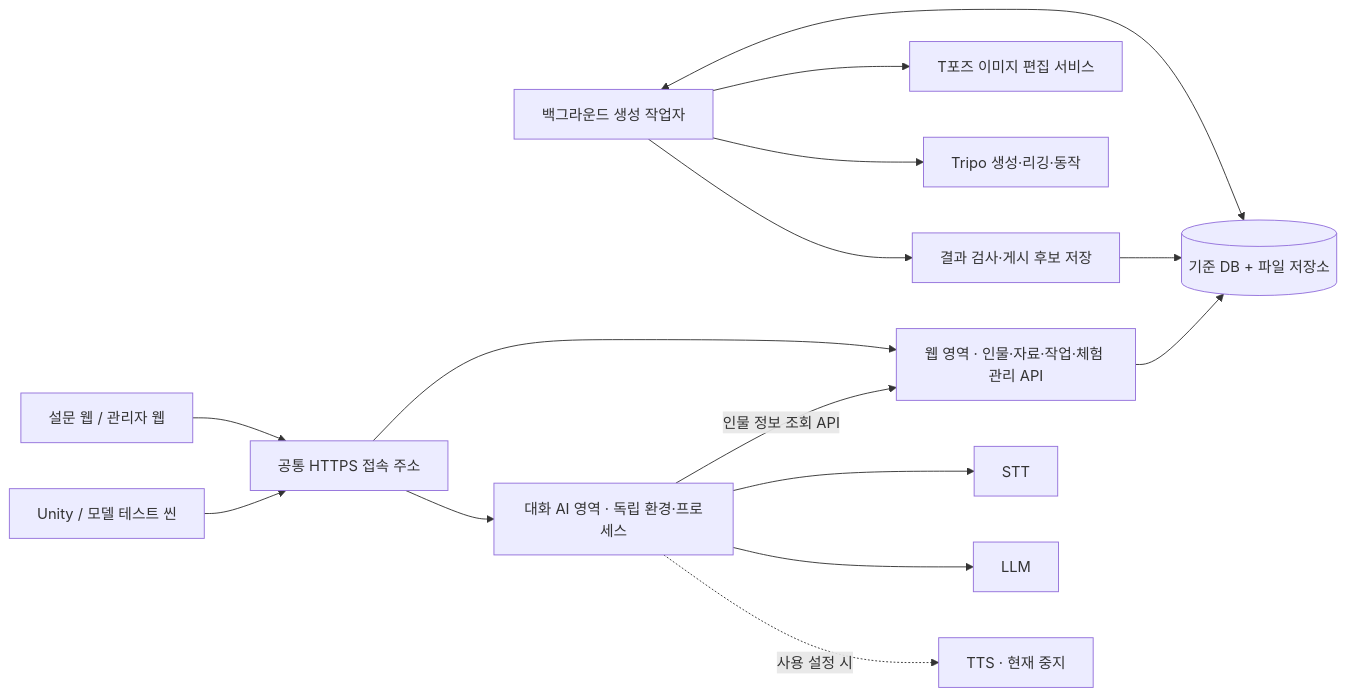
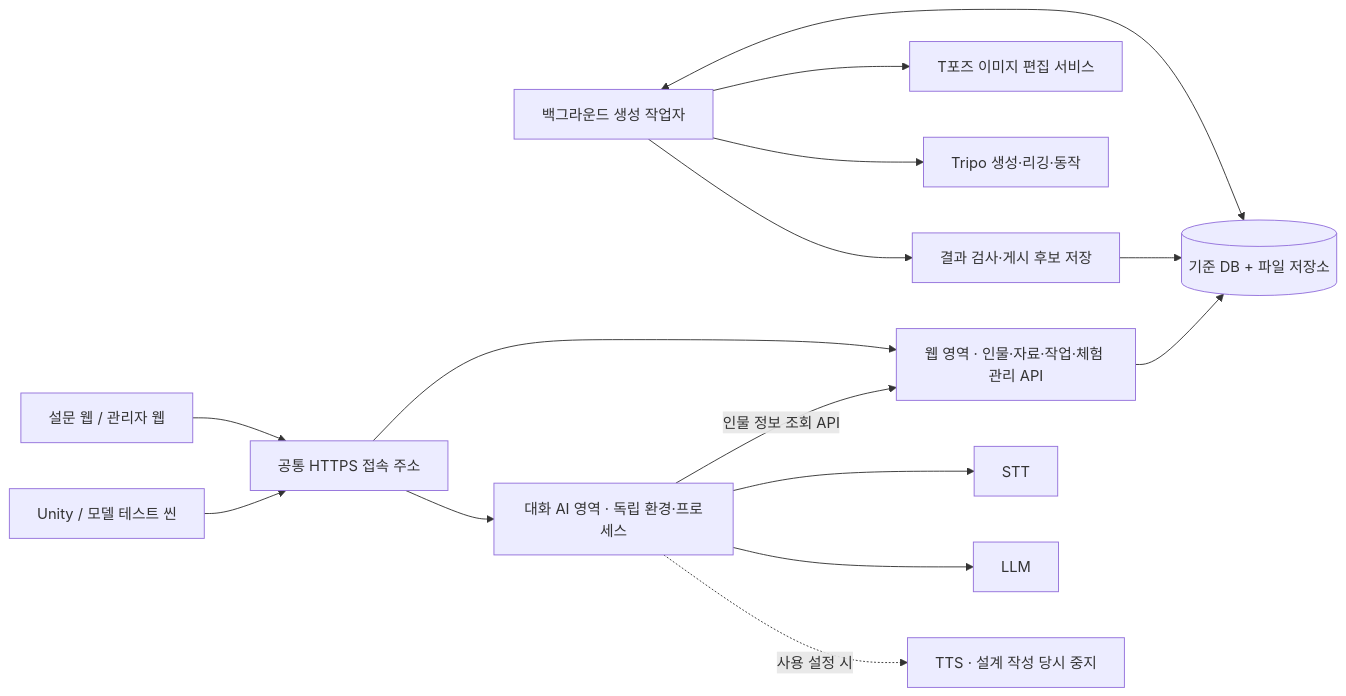
One commit to yunji009990/Capstone-Design changed the first of 2 diagrams in docs/설문_인물_3D_통합_설계안.md. Above: the diagram before and after it, drawn with Mermaid. The commit also changed other lines of this file and 44 other files, not shown here.

````diff
--- a/docs/설문_인물_3D_통합_설계안.md
+++ b/docs/설문_인물_3D_통합_설계안.md
@@ -43,17 +48,17 @@
 ```mermaid
 flowchart LR
     W[설문 웹 / 관리자 웹] --> G[공통 HTTPS 접속 주소]
     U[Unity / 모델 테스트 씬] --> G
     G --> P[웹 영역 · 인물·자료·작업·체험 관리 API]
     P --> D[(기준 DB + 파일 저장소)]
     J[백그라운드 생성 작업자] <--> D
     J --> I[T포즈 이미지 편집 서비스]
     J --> T[Tripo 생성·리깅·동작]
     J --> V[결과 검사·게시 후보 저장]
     V --> D
     G --> C[대화 AI 영역 · 독립 환경·프로세스]
     C -->|인물 정보 조회 API| P
     C --> S[STT]
     C --> L[LLM]
-    C -. 사용 설정 시 .-> Q[TTS · 현재 중지]
+    C -. 사용 설정 시 .-> Q[TTS · 설계 작성 당시 중지]
 ```
````
